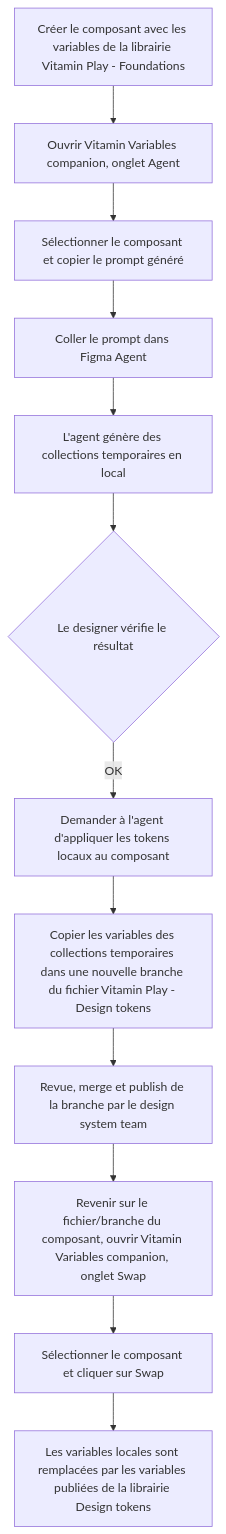
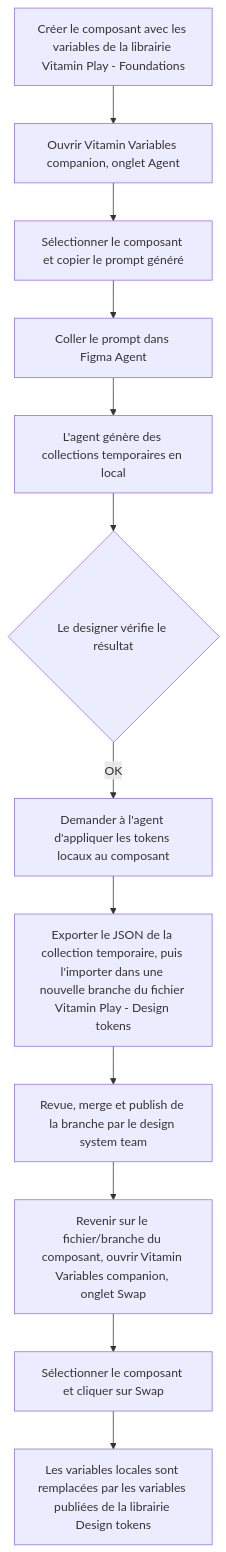
One commit to martinmolcrette-dkt/swap-variables changed the diagram in docs/component-variables-workflow.md. Above: the diagram before and after it, drawn with Mermaid. The commit also changed other lines of this file and 6 other files, not shown here.

````diff
--- a/docs/component-variables-workflow.md
+++ b/docs/component-variables-workflow.md
@@ -7,14 +7,14 @@
 ```mermaid
 flowchart TD
     A[Créer le composant avec les variables de la librairie Vitamin Play - Foundations] --> B[Ouvrir Vitamin Variables companion, onglet Agent]
     B --> C[Sélectionner le composant et copier le prompt généré]
     C --> D[Coller le prompt dans Figma Agent]
     D --> E[L'agent génère des collections temporaires en local]
     E --> F{Le designer vérifie le résultat}
     F -->|OK| G[Demander à l'agent d'appliquer les tokens locaux au composant]
-    G --> H[Copier les variables des collections temporaires dans une nouvelle branche du fichier Vitamin Play - Design tokens]
+    G --> H[Exporter le JSON de la collection temporaire, puis l'importer dans une nouvelle branche du fichier Vitamin Play - Design tokens]
     H --> I[Revue, merge et publish de la branche par le design system team]
     I --> J[Revenir sur le fichier/branche du composant, ouvrir Vitamin Variables companion, onglet Swap]
     J --> K[Sélectionner le composant et cliquer sur Swap]
     K --> L[Les variables locales sont remplacées par les variables publiées de la librairie Design tokens]
 ```
````
